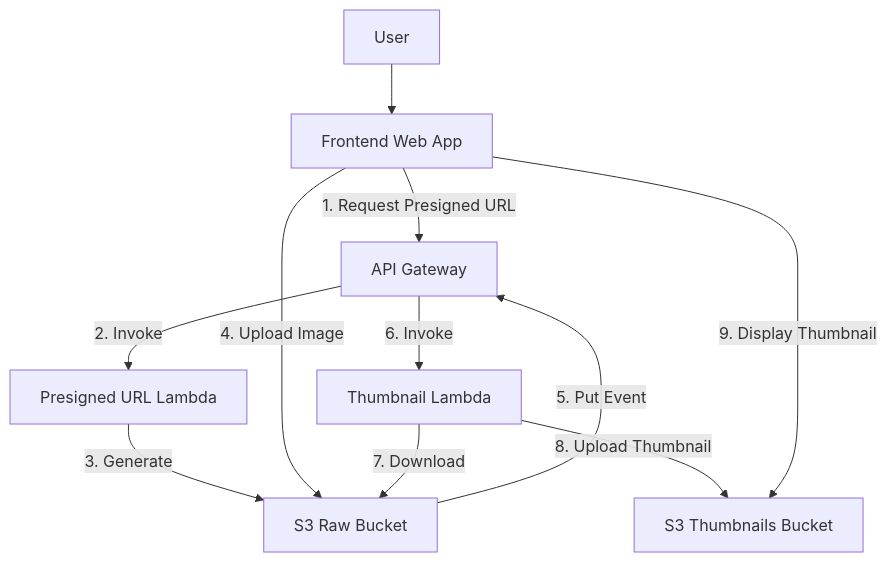
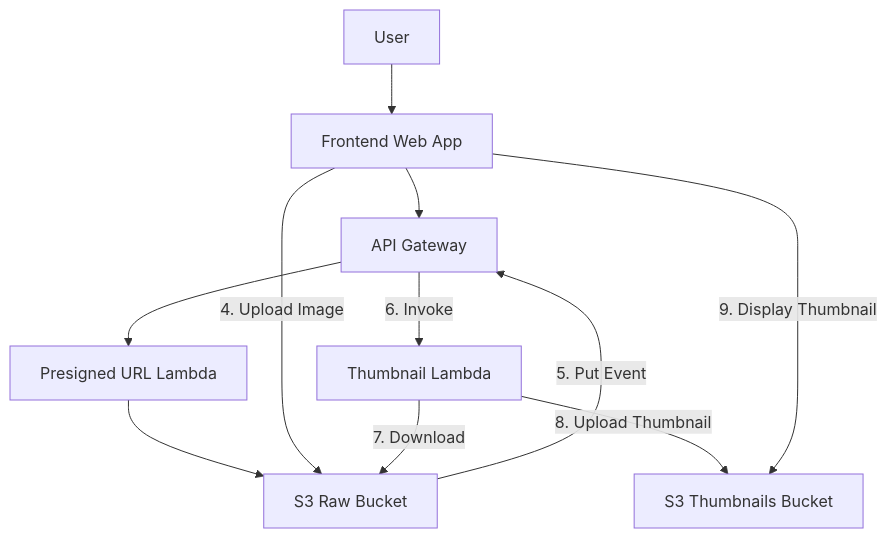
One commit to guderian120/s3_photo_sharing changed the first of 3 diagrams in Readme.md. Above: the diagram before and after it, drawn with Mermaid.

Commit message:
changed mermaid diagram

````diff
--- a/Readme.md
+++ b/Readme.md
@@ -14,13 +14,13 @@
 ```mermaid
 graph TD
     A[User] --> B[Frontend Web App]
-    B -->|1. Request Presigned URL| C[API Gateway]
-    C -->|2. Invoke| D[Presigned URL Lambda]
-    D -->|3. Generate| E[S3 Raw Bucket]
+    B --> C[API Gateway]
+    C --> D[Presigned URL Lambda]
+    D --> E[S3 Raw Bucket]
     B -->|4. Upload Image| E
     E -->|5. Put Event| C
     C -->|6. Invoke| F[Thumbnail Lambda]
     F -->|7. Download| E
     F -->|8. Upload Thumbnail| G[S3 Thumbnails Bucket]
     B -->|9. Display Thumbnail| G
 ```
````
